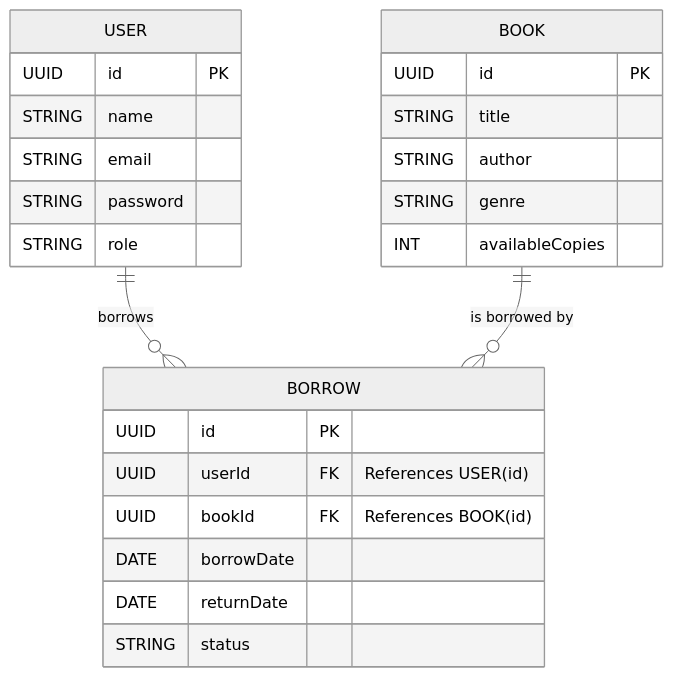
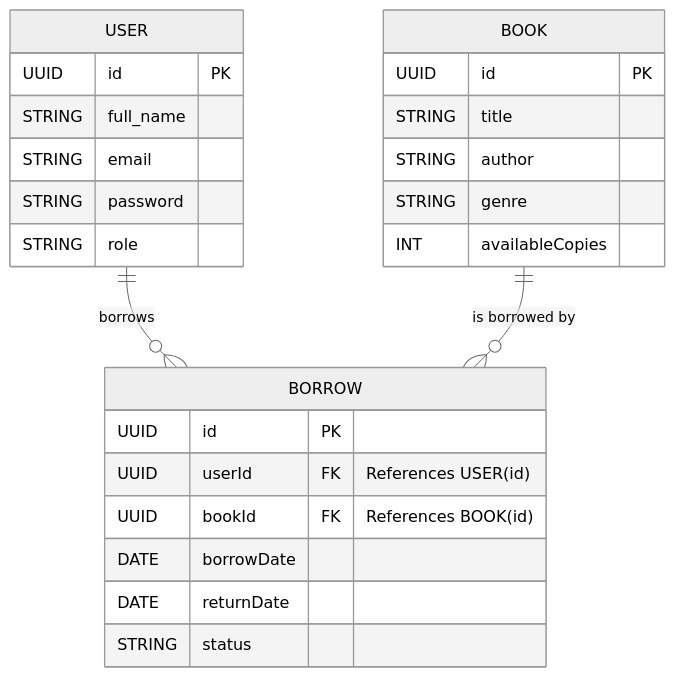
Before and after one commit to Apolo151/shelf-wise: the diagram in docs/ERD.md, drawn with Mermaid (neutral theme). The commit also changed 24 other files, not shown here.

````diff
--- a/docs/ERD.md
+++ b/docs/ERD.md
@@ -3,31 +3,31 @@
 ```mermaid
 erDiagram
     USER {
         UUID id PK
-        STRING name
+        STRING full_name
         STRING email
         STRING password
         STRING role
     }
 
     BOOK {
         UUID id PK
         STRING title
         STRING author
         STRING genre
         INT availableCopies
     }
 
     BORROW {
         UUID id PK
         UUID userId FK "References USER(id)"
         UUID bookId FK "References BOOK(id)"
         DATE borrowDate
         DATE returnDate
         STRING status
     }
 
     USER ||--o{ BORROW : "borrows"
     BOOK ||--o{ BORROW : "is borrowed by"
 
 ```
````
